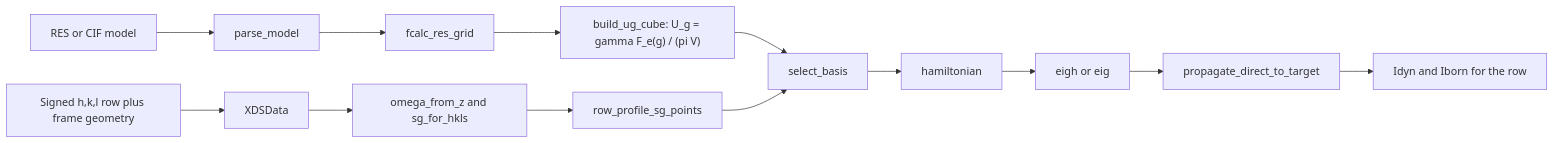
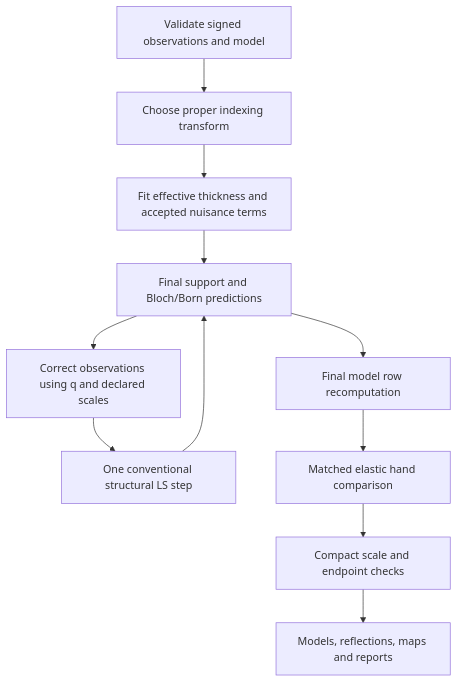
One commit to Martynowycz-Lab/GROND changed the second of 2 diagrams in docs/CODE_MAP.md. Above: the diagram before and after it, drawn with Mermaid. The commit also changed other lines of this file and 316 other files, not shown here.

Commit message:
Refactor GROND modules and harden geometry and hand reporting

````diff
--- a/docs/CODE_MAP.md
+++ b/docs/CODE_MAP.md
@@ -101,15 +52,13 @@
 ```mermaid
-flowchart LR
-    A["Signed h,k,l row plus frame geometry"] --> B["XDSData"]
-    C["RES or CIF model"] --> D["parse_model"]
-    D --> E["fcalc_res_grid"]
-    E --> F["build_ug_cube: U_g = gamma F_e(g) / (pi V)"]
-    B --> G["omega_from_z and sg_for_hkls"]
-    G --> H["row_profile_sg_points"]
-    F --> I["select_basis"]
-    H --> I
-    I --> J["hamiltonian"]
-    J --> K["eigh or eig"]
-    K --> L["propagate_direct_to_target"]
-    L --> M["Idyn and Iborn for the row"]
+flowchart TD
+    A[Validate signed observations and model] --> B[Choose proper indexing transform]
+    B --> C[Fit effective thickness and accepted nuisance terms]
+    C --> D[Final support and Bloch/Born predictions]
+    D --> E[Correct observations using q and declared scales]
+    E --> F[One conventional structural LS step]
+    F --> D
+    D --> G[Final model row recomputation]
+    G --> H[Matched elastic hand comparison]
+    H --> I[Compact scale and endpoint checks]
+    I --> J[Models, reflections, maps and reports]
 ```
````
